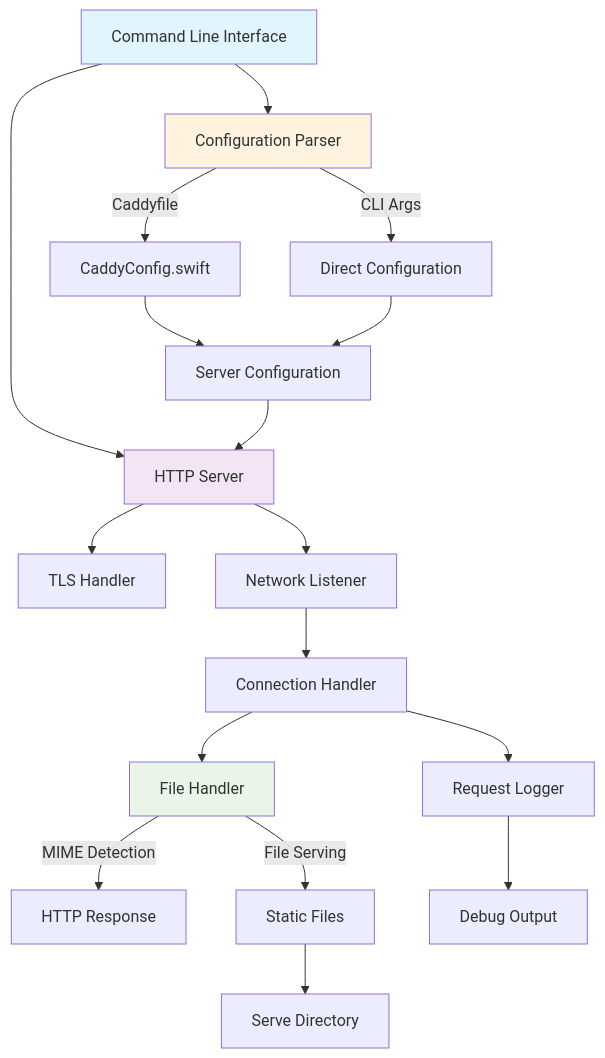
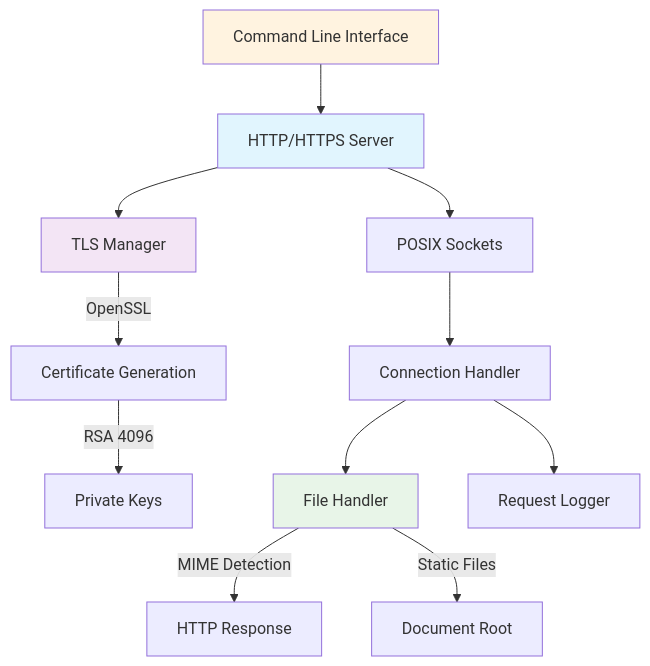
One commit to LTC-GT/SwiftServe changed the diagram in README.md. Above: the diagram before and after it, drawn with Mermaid. The commit also changed other lines of this file and 7 other files, not shown here.

````diff
--- a/README.md
+++ b/README.md
@@ -9,30 +36,21 @@
 ```mermaid
 graph TB
-    CLI[Command Line Interface] --> Config[Configuration Parser]
-    CLI --> Server[HTTP Server]
+    CLI[Command Line Interface] --> Server[HTTP/HTTPS Server]
+    Server --> TLS[TLS Manager]
+    Server --> Sockets[POSIX Sockets]
     
-    Config --> |Caddyfile| CaddyConfig[CaddyConfig.swift]
-    Config --> |CLI Args| DirectConfig[Direct Configuration]
+    TLS --> |OpenSSL| Certs[Certificate Generation]
+    Certs --> |RSA 4096| Keys[Private Keys]
     
-    CaddyConfig --> ServerConfig[Server Configuration]
-    DirectConfig --> ServerConfig
-    
-    ServerConfig --> Server
-    Server --> TLS[TLS Handler]
-    Server --> Listener[Network Listener]
-    
-    Listener --> Connection[Connection Handler]
+    Sockets --> Connection[Connection Handler]
     Connection --> FileHandler[File Handler]
     Connection --> Logger[Request Logger]
     
     FileHandler --> |MIME Detection| Response[HTTP Response]
-    FileHandler --> |File Serving| StaticFiles[Static Files]
+    FileHandler --> |Static Files| ServeDir[Document Root]
     
-    StaticFiles --> ServeDir[Serve Directory]
-    Logger --> DebugOutput[Debug Output]
-    
-    style CLI fill:#e1f5fe
-    style Server fill:#f3e5f5
+    style Server fill:#e1f5fe
+    style TLS fill:#f3e5f5
     style FileHandler fill:#e8f5e8
-    style Config fill:#fff3e0
+    style CLI fill:#fff3e0
 ```
````
